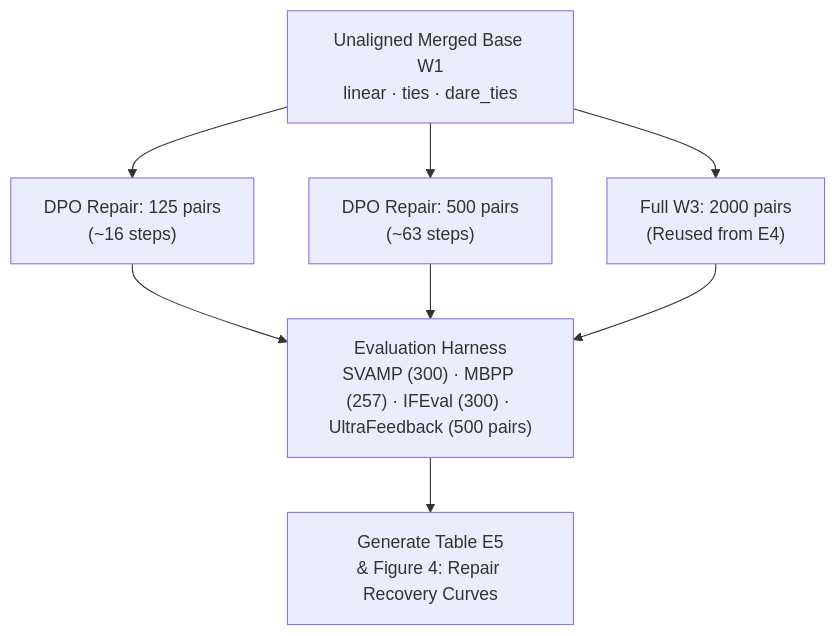
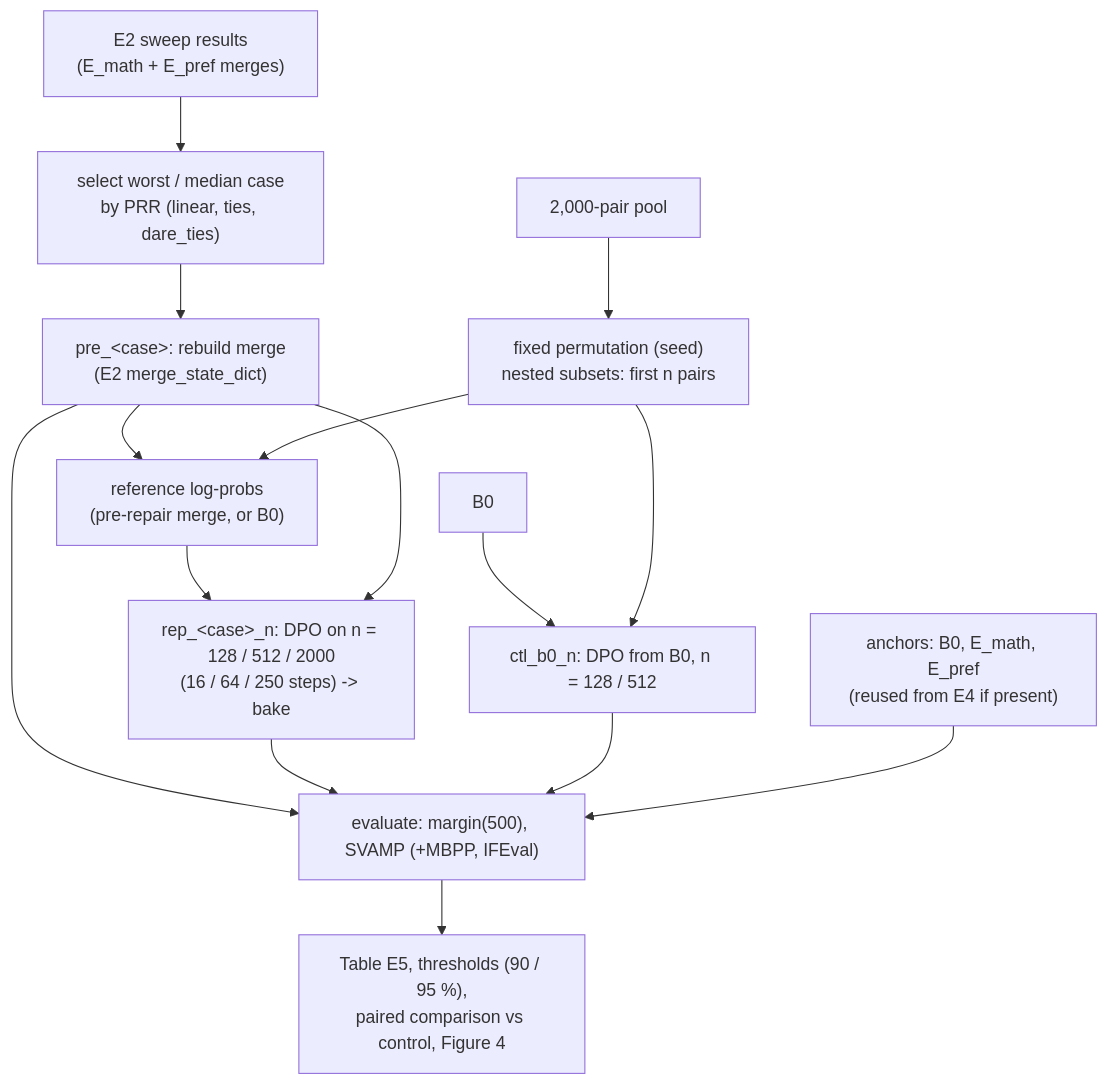
The diagram in src/e5/README_E5.md (abhinavpareek655/LLM_Merging), drawn with Mermaid before and after one commit. The commit also changed other lines of this file, not shown here.

````diff
--- a/src/e5/README_E5.md
+++ b/src/e5/README_E5.md
@@ -50,12 +37,18 @@
 ```mermaid
 flowchart TD
-    W1["Unaligned Merged Base W1<br/>linear · ties · dare_ties"] --> S125["DPO Repair: 125 pairs<br/>(~16 steps)"]
-    W1 --> S500["DPO Repair: 500 pairs<br/>(~63 steps)"]
-    W1 --> S2000["Full W3: 2000 pairs<br/>(Reused from E4)"]
+    E2["E2 sweep results<br/>(E_math + E_pref merges)"] --> SEL["select worst / median case<br/>by PRR (linear, ties, dare_ties)"]
+    SEL --> PRE["pre_&lt;case&gt;: rebuild merge<br/>(E2 merge_state_dict)"]
+    POOL["2,000-pair pool"] --> PERM["fixed permutation (seed)<br/>nested subsets: first n pairs"]
+    PRE --> REF["reference log-probs<br/>(pre-repair merge, or B0)"]
+    PERM --> REF
+    REF --> REP["rep_&lt;case&gt;_n: DPO on n = 128 / 512 / 2000<br/>(16 / 64 / 250 steps) -> bake"]
+    PRE --> REP
+    B0["B0"] --> CTL["ctl_b0_n: DPO from B0, n = 128 / 512"]
+    PERM --> CTL
 
-    S125 --> EVAL["Evaluation Harness<br/>SVAMP (300) · MBPP (257) · IFEval (300) · UltraFeedback (500 pairs)"]
-    S500 --> EVAL
-    S2000 --> EVAL
-
-    EVAL --> REP["Generate Table E5<br/>& Figure 4: Repair Recovery Curves"]
+    PRE --> EV
+    REP --> EV
+    CTL --> EV
+    ANCH["anchors: B0, E_math, E_pref<br/>(reused from E4 if present)"] --> EV
+    EV["evaluate: margin(500), SVAMP (+MBPP, IFEval)"] --> REPORT["Table E5, thresholds (90 / 95 %),<br/>paired comparison vs control, Figure 4"]
 ```
````
